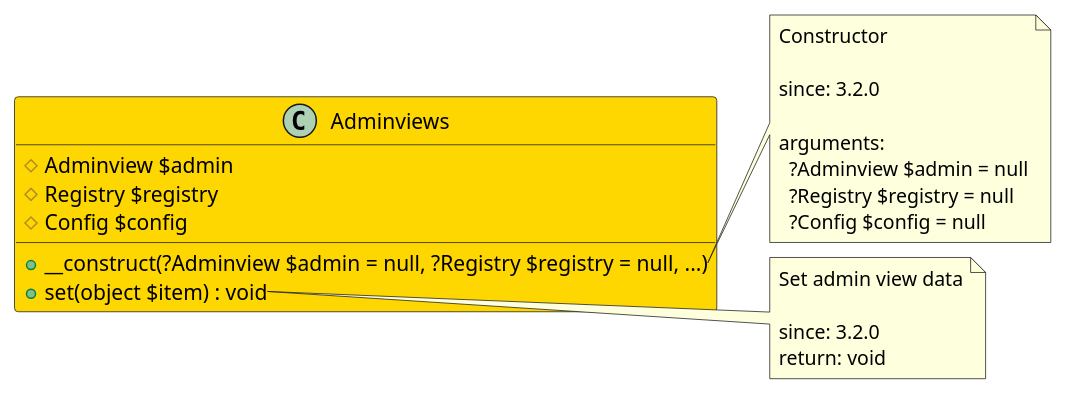
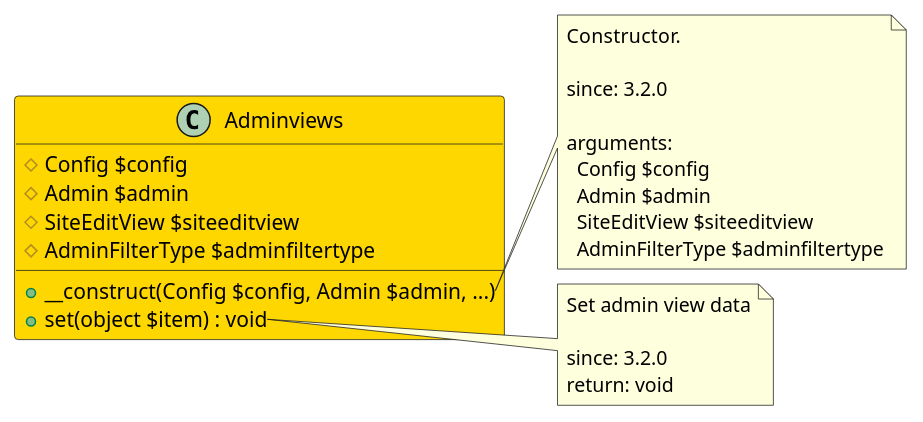
The diagram in src/cebdcccb-24c5-46db-92de-63453852dcb8/README.md (joomengine/jcb-compiler), drawn with PlantUML before and after one commit. The commit also changed 725 other files, not shown here.

````diff
--- a/src/cebdcccb-24c5-46db-92de-63453852dcb8/README.md
+++ b/src/cebdcccb-24c5-46db-92de-63453852dcb8/README.md
@@ -11,30 +11,32 @@
 ```uml
 @startuml
 class Adminviews  #Gold {
-  # Adminview $admin
-  # Registry $registry
   # Config $config
-  + __construct(?Adminview $admin = null, ?Registry $registry = null, ...)
+  # Admin $admin
+  # SiteEditView $siteeditview
+  # AdminFilterType $adminfiltertype
+  + __construct(Config $config, Admin $admin, ...)
   + set(object $item) : void
 }
 
 note right of Adminviews::__construct
-  Constructor
+  Constructor.
 
   since: 3.2.0
   
   arguments:
-    ?Adminview $admin = null
-    ?Registry $registry = null
-    ?Config $config = null
+    Config $config
+    Admin $admin
+    SiteEditView $siteeditview
+    AdminFilterType $adminfiltertype
 end note
 
 note right of Adminviews::set
   Set admin view data
 
   since: 3.2.0
   return: void
 end note
  
 @enduml
 ```
````
